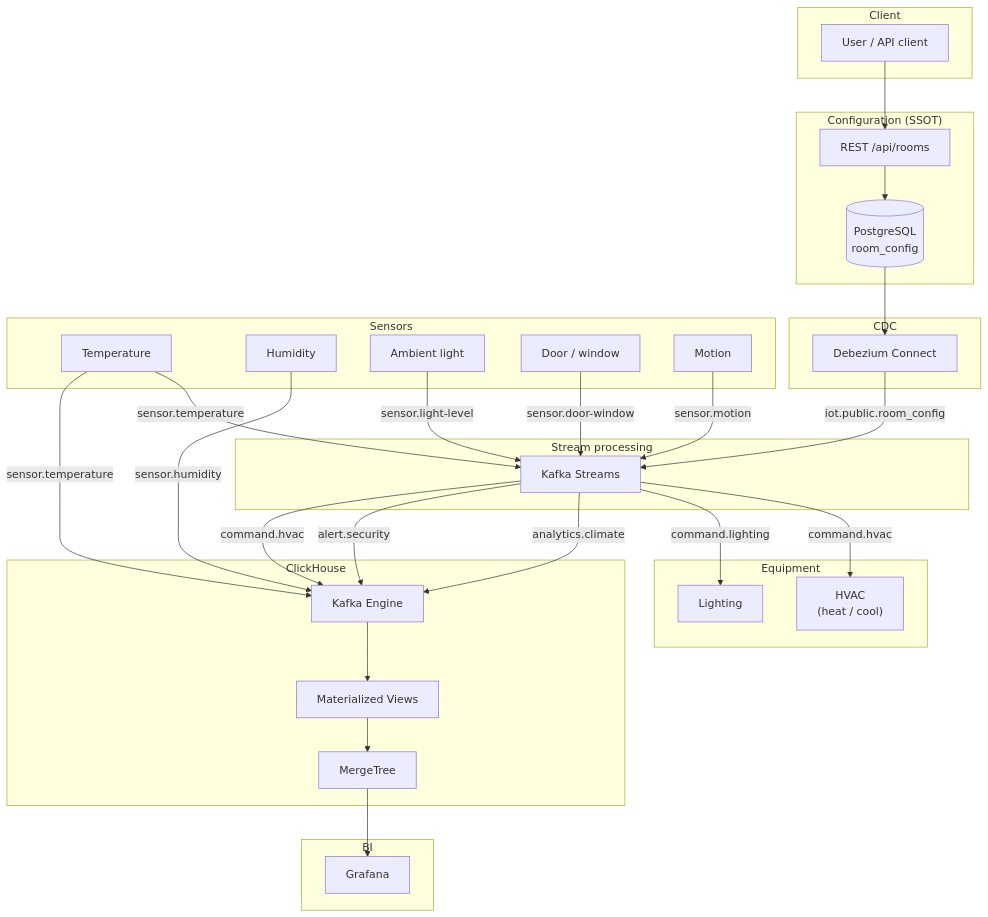
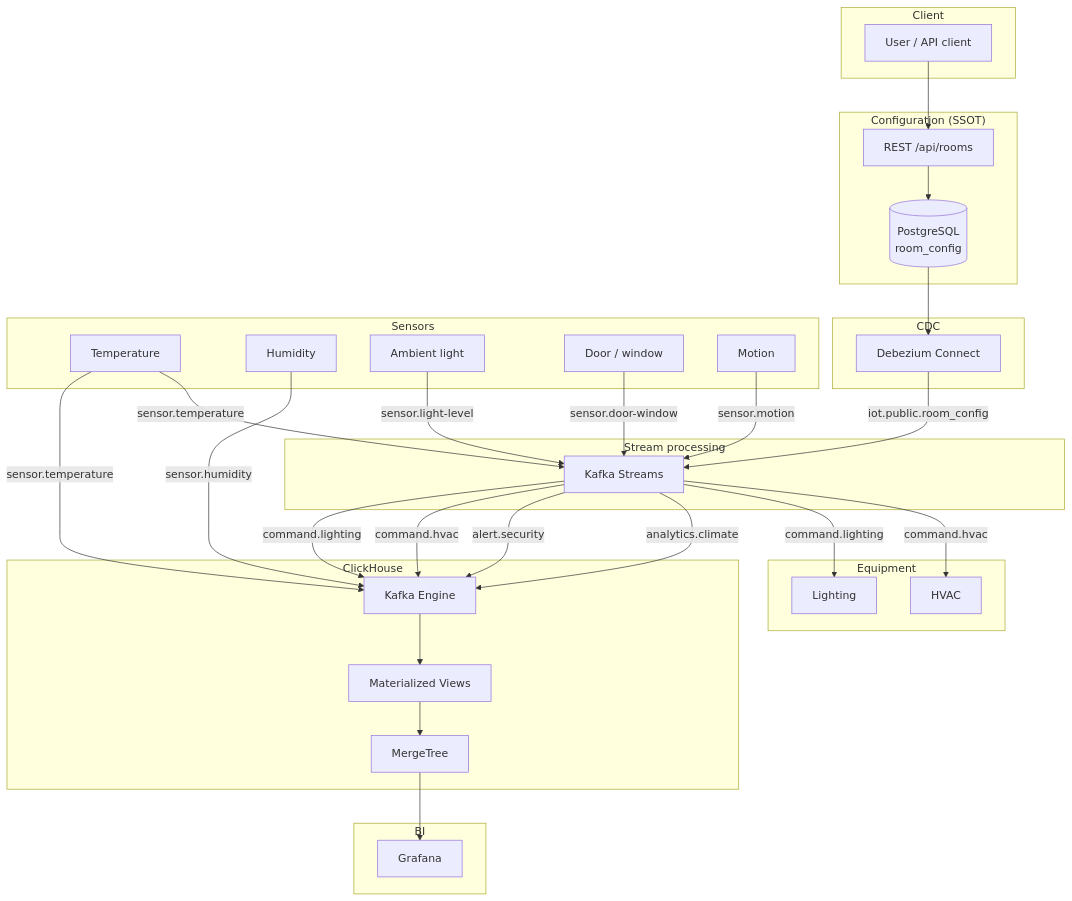
Before and after one commit to AndrewVerenich/data-pipelines: the diagram in iot-pipeline/README.md, drawn with Mermaid. The commit also changed other lines of this file and 4 other files, not shown here.

````diff
--- a/iot-pipeline/README.md
+++ b/iot-pipeline/README.md
@@ -5,60 +7,61 @@
 ```mermaid
 flowchart TB
   subgraph client ["Client"]
     U["User / API client"]
   end
 
   subgraph config ["Configuration (SSOT)"]
     REST["REST /api/rooms"]
     RC[("PostgreSQL<br/>room_config")]
   end
 
   subgraph cdc ["CDC"]
     DEB["Debezium Connect"]
   end
 
   subgraph sensors ["Sensors"]
     T["Temperature"]
     HUM["Humidity"]
     LUX["Ambient light"]
     DW["Door / window"]
     MOT["Motion"]
   end
 
   subgraph processing ["Stream processing"]
     TOP["Kafka Streams"]
   end
 
   subgraph equipment ["Equipment"]
-    HVAC["HVAC<br/>(heat / cool)"]
+    HVAC["HVAC"]
     LTS["Lighting"]
   end
 
   subgraph olap ["ClickHouse"]
     KE["Kafka Engine"]
     MV["Materialized Views"]
     MT["MergeTree"]
   end
 
   subgraph bi ["BI"]
     GF["Grafana"]
   end
 
   U --> REST --> RC --> DEB
   DEB -->|iot.public.room_config| TOP
 
   T -->|sensor.temperature| TOP
   HUM -->|sensor.humidity| KE
   LUX -->|sensor.light-level| TOP
   DW -->|sensor.door-window| TOP
   MOT -->|sensor.motion| TOP
 
   TOP -->|command.hvac| HVAC
   TOP -->|command.lighting| LTS
   TOP -->|analytics.climate| KE
   TOP -->|alert.security| KE
 
   T -->|sensor.temperature| KE
   TOP -->|command.hvac| KE
+  TOP -->|command.lighting| KE
   KE --> MV --> MT --> GF
 ```
````
